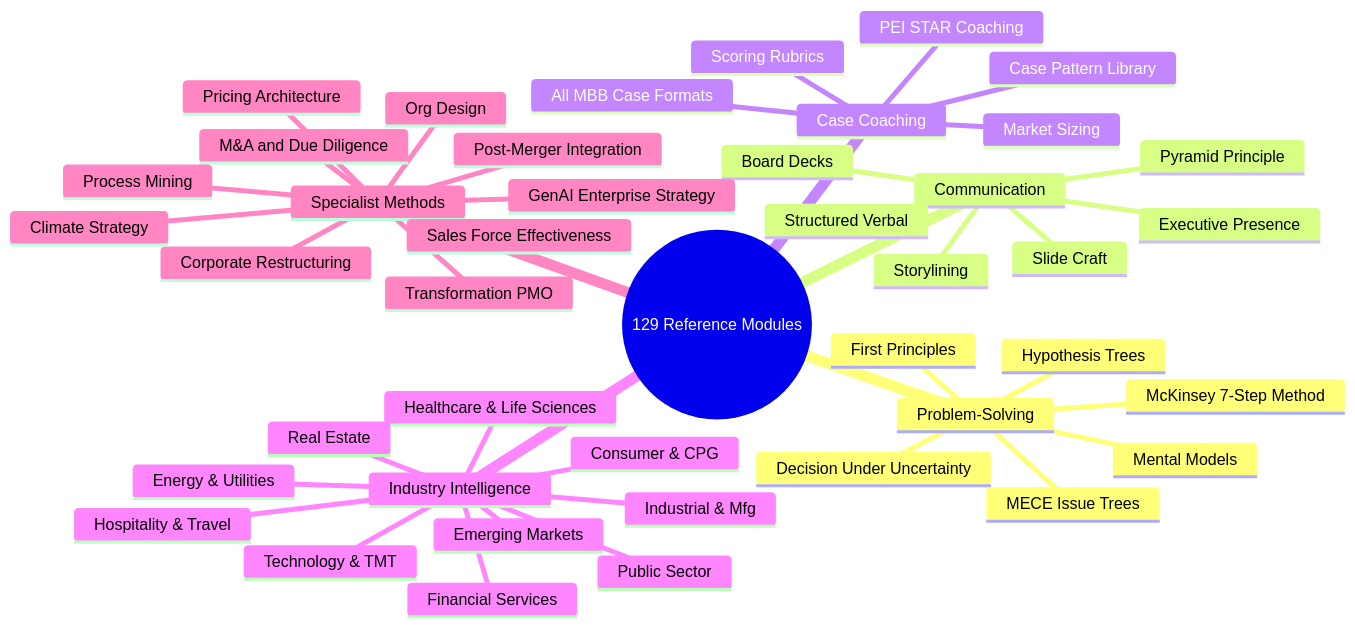
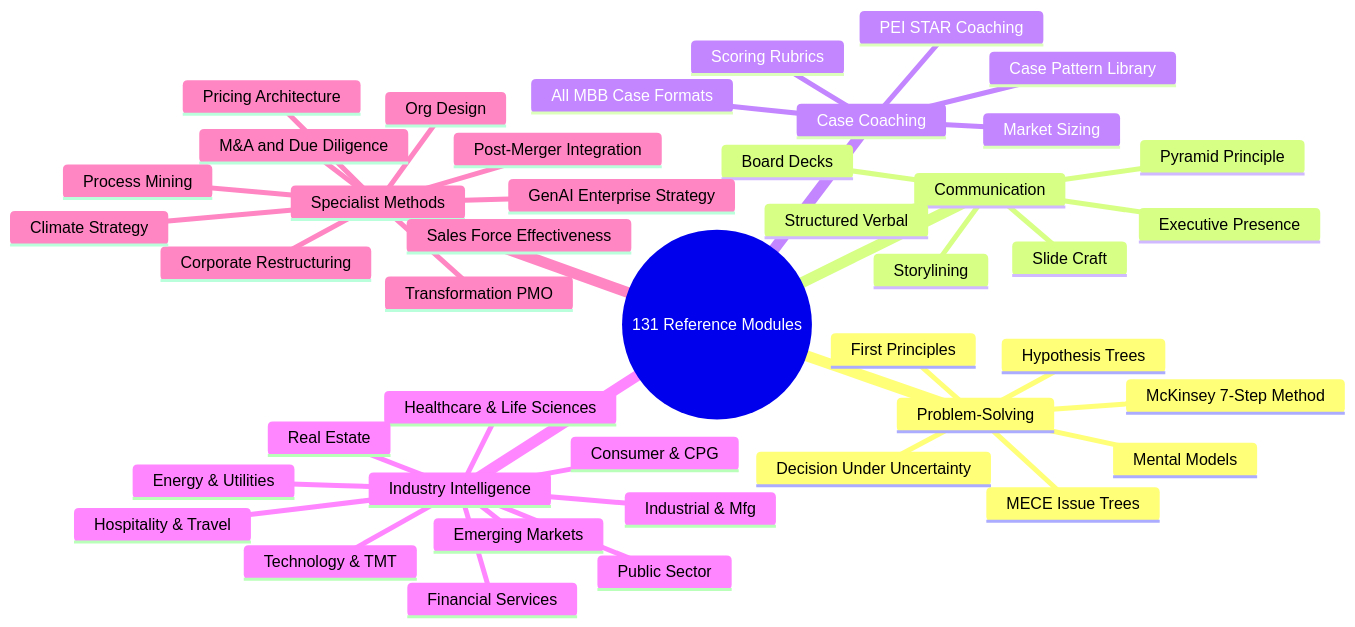
The second of 4 diagrams in README.md (DogInfantry/claude-skill-management-consultant-B1), drawn with Mermaid before and after one commit. The commit also changed other lines of this file and 6 other files, not shown here.

````diff
--- a/README.md
+++ b/README.md
@@ -71,46 +71,46 @@
 ```mermaid
 mindmap
-  root((129 Reference Modules))
+  root((131 Reference Modules))
     Problem-Solving
       MECE Issue Trees
       Hypothesis Trees
       First Principles
       Mental Models
       McKinsey 7-Step Method
       Decision Under Uncertainty
     Communication
       Pyramid Principle
       Storylining
       Slide Craft
       Executive Presence
       Structured Verbal
       Board Decks
     Case Coaching
       All MBB Case Formats
       Market Sizing
       Case Pattern Library
       PEI STAR Coaching
       Scoring Rubrics
     Industry Intelligence
       Healthcare & Life Sciences
       Financial Services
       Energy & Utilities
       Technology & TMT
       Consumer & CPG
       Industrial & Mfg
       Public Sector
       Real Estate
       Hospitality & Travel
       Emerging Markets
     Specialist Methods
       M&A and Due Diligence
       Post-Merger Integration
       Corporate Restructuring
       GenAI Enterprise Strategy
       Pricing Architecture
       Org Design
       Climate Strategy
       Transformation PMO
       Sales Force Effectiveness
       Process Mining
 ```
````
